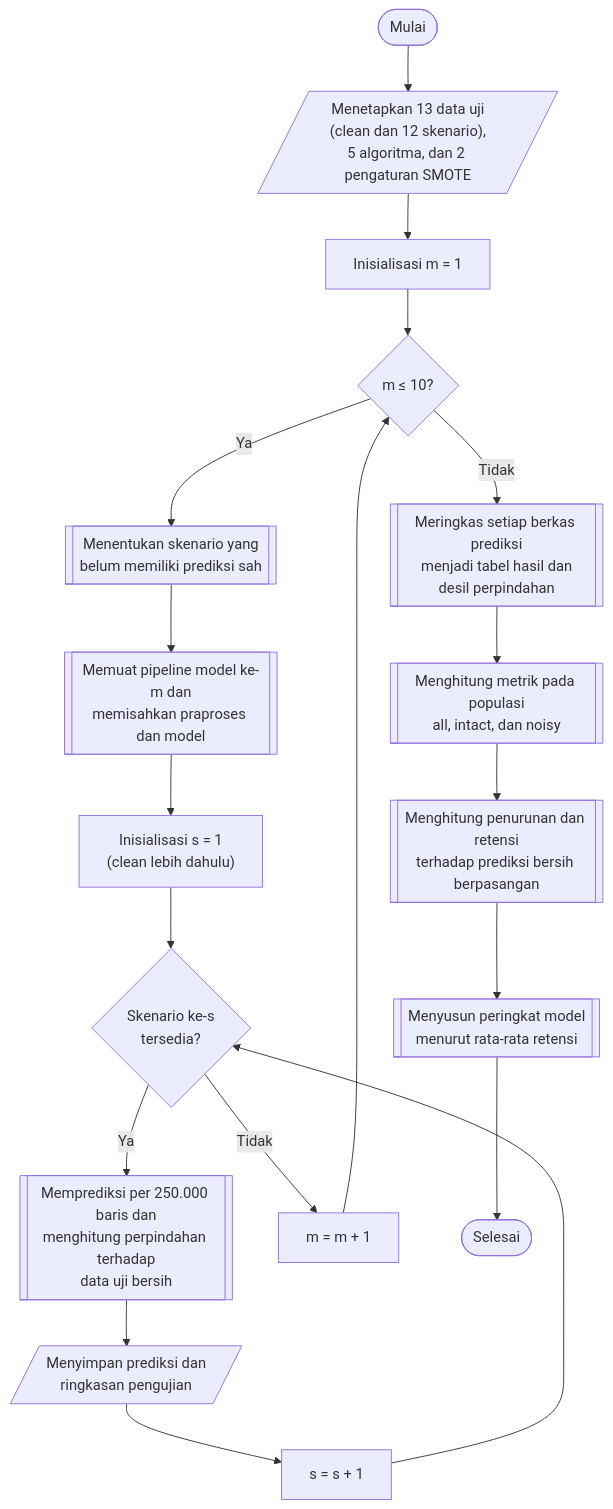
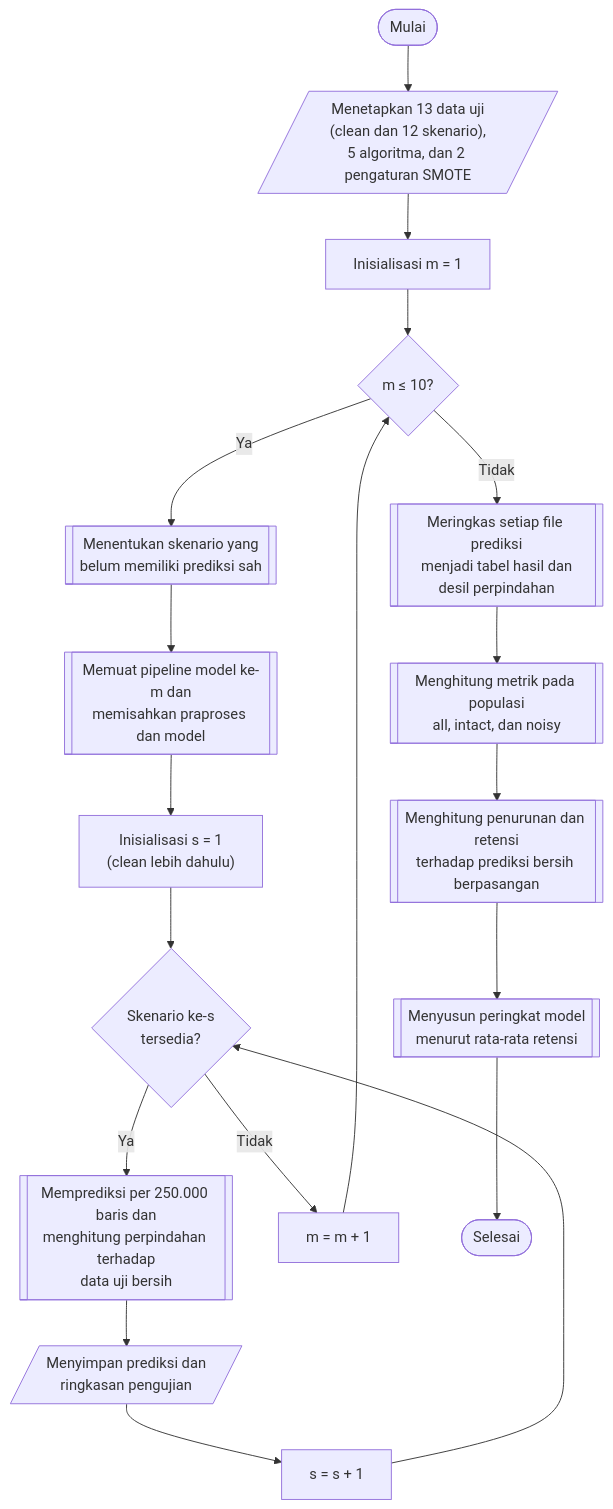
Before and after one commit to JoxNeis/mlids-robustness: the diagram in thesis/04_bab_04/15_pengujian_ketahanan_model.md, drawn with Mermaid. The commit also changed other lines of this file and 27 other files, not shown here.

````diff
--- a/thesis/04_bab_04/15_pengujian_ketahanan_model.md
+++ b/thesis/04_bab_04/15_pengujian_ketahanan_model.md
@@ -66,24 +66,24 @@
 ```mermaid
 flowchart TD
     mulai(["Mulai"])
     mulai --> tetap[/"Menetapkan 13 data uji<br>(clean dan 12 skenario),<br>5 algoritma, dan 2 pengaturan SMOTE"/]
     tetap --> init_m["Inisialisasi m = 1"]
     init_m --> cek_m{"m ≤ 10?"}
 
     cek_m -->|"Ya"| pending[["Menentukan skenario yang<br>belum memiliki prediksi sah"]]
     pending --> muat[["Memuat pipeline model ke-m dan<br>memisahkan praproses dan model"]]
     muat --> init_s["Inisialisasi s = 1<br>(clean lebih dahulu)"]
     init_s --> cek_s{"Skenario ke-s<br>tersedia?"}
     cek_s -->|"Ya"| prediksi[["Memprediksi per 250.000 baris dan<br>menghitung perpindahan terhadap<br>data uji bersih"]]
     prediksi --> simpan_pred[/"Menyimpan prediksi dan<br>ringkasan pengujian"/]
     simpan_pred --> inc_s["s = s + 1"]
     inc_s --> cek_s
     cek_s -->|"Tidak"| inc_m["m = m + 1"]
     inc_m --> cek_m
 
-    cek_m -->|"Tidak"| ringkas[["Meringkas setiap berkas prediksi<br>menjadi tabel hasil dan<br>desil perpindahan"]]
+    cek_m -->|"Tidak"| ringkas[["Meringkas setiap file prediksi<br>menjadi tabel hasil dan<br>desil perpindahan"]]
     ringkas --> metrik[["Menghitung metrik pada populasi<br>all, intact, dan noisy"]]
     metrik --> degradasi[["Menghitung penurunan dan retensi<br>terhadap prediksi bersih berpasangan"]]
     degradasi --> peringkat[["Menyusun peringkat model<br>menurut rata-rata retensi"]]
     peringkat --> selesai(["Selesai"])
 ```
````
